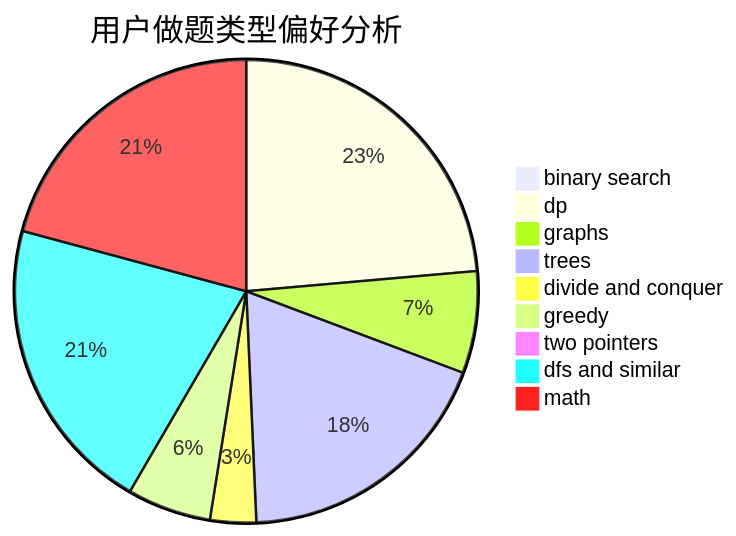
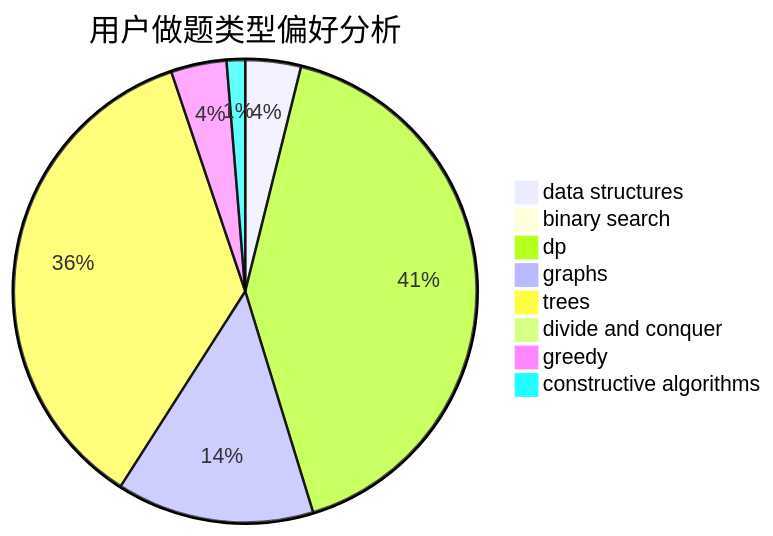
Before and after one commit to sherpahu/cfrs.github.io: the second of 3 diagrams in docs/user/u2186.md, drawn with Mermaid. The commit also changed other lines of this file and 2775 other files, not shown here.

````diff
--- a/docs/user/u2186.md
+++ b/docs/user/u2186.md
@@ -23,12 +23,11 @@
 ```mermaid
 pie title 用户做题类型偏好分析
-    "binary search" :  4
-    "dp" :  169
-    "graphs" :  51
-    "trees" :  133
-    "divide and conquer" :  23
-    "greedy" :  42
-    "two pointers" :  0
-    "dfs and similar" :  149
-    "math" :  149
+    "data structures" :  9
+    "binary search" :  0
+    "dp" :  96
+    "graphs" :  32
+    "trees" :  83
+    "divide and conquer" :  0
+    "greedy" :  9
+    "constructive algorithms" :  3
 ```
````
